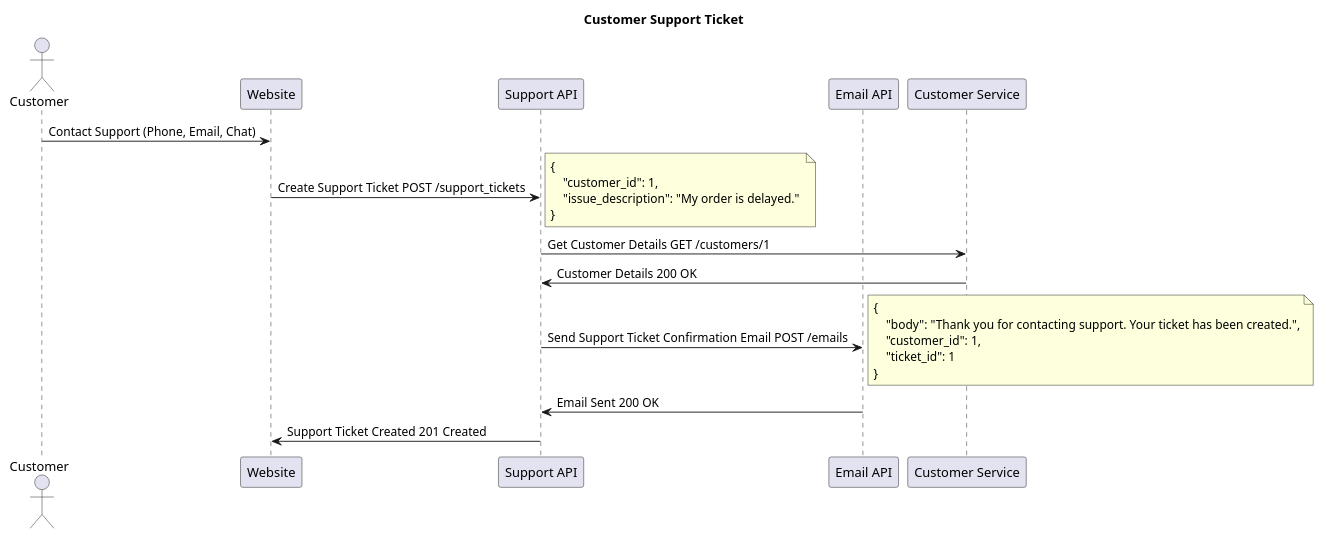
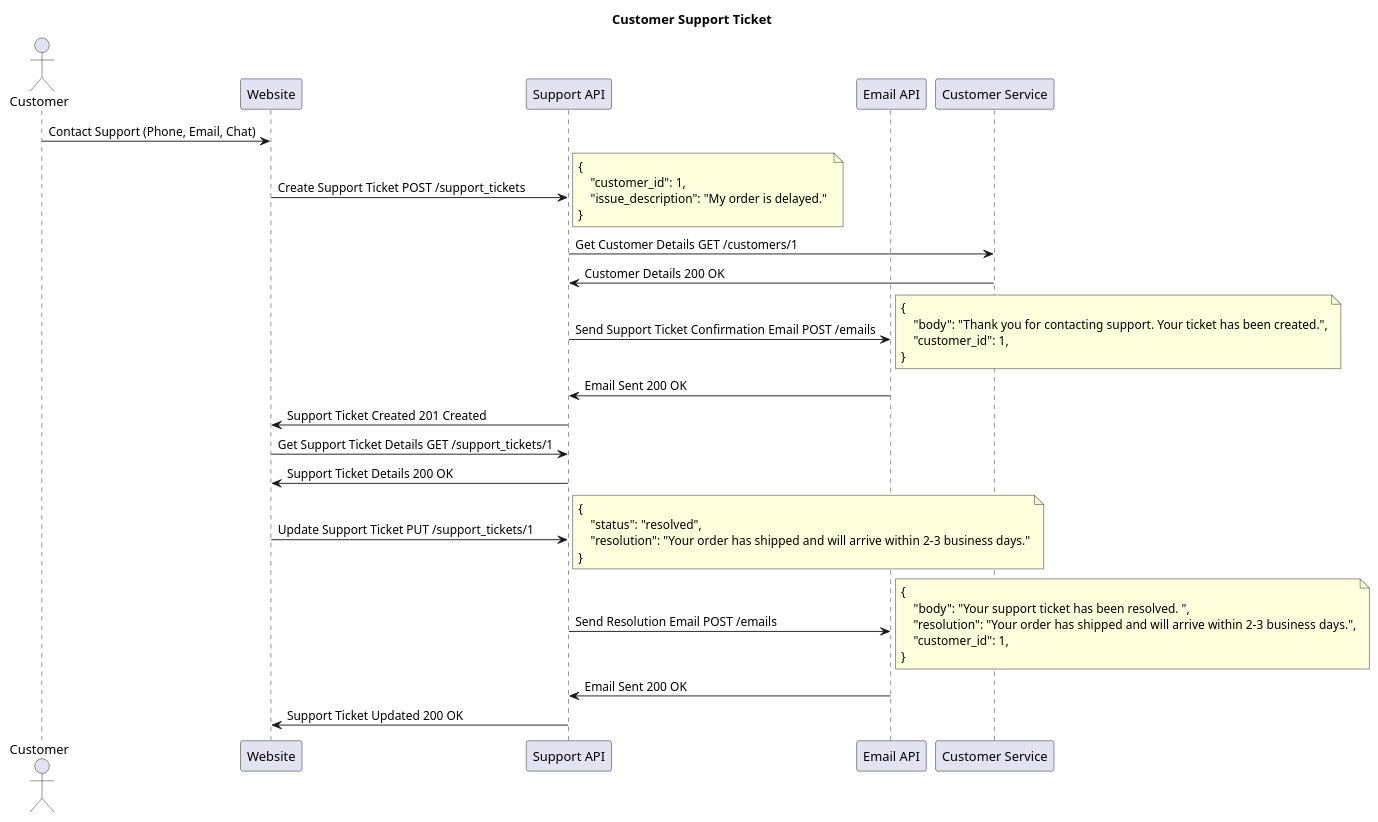
One commit to jjoneson/workforce-demo-scratch changed the diagram in architecture/sequence-diagrams/Customer Support Ticket.md. Above: the diagram before and after it, drawn with PlantUML.

Commit message:
Updated by Workflow

````diff
--- a/architecture/sequence-diagrams/Customer Support Ticket.md
+++ b/architecture/sequence-diagrams/Customer Support Ticket.md
@@ -2,32 +2,52 @@
 ```plantuml
 @startuml Customer Support Ticket
 title Customer Support Ticket
 actor Customer
 participant Website
 participant SupportAPI as "Support API"
 participant EmailAPI as "Email API"
 participant CustomerService as "Customer Service"
 
 Customer -> Website: Contact Support (Phone, Email, Chat)
 Website -> SupportAPI: Create Support Ticket POST /support_tickets
 note right
 {
     "customer_id": 1,
     "issue_description": "My order is delayed." 
 }
 end note
 SupportAPI -> CustomerService: Get Customer Details GET /customers/1
 CustomerService -> SupportAPI: Customer Details 200 OK
 SupportAPI -> EmailAPI: Send Support Ticket Confirmation Email POST /emails
 note right
 {
     "body": "Thank you for contacting support. Your ticket has been created.",
     "customer_id": 1,
-    "ticket_id": 1
 }
 end note
 EmailAPI -> SupportAPI: Email Sent 200 OK
 SupportAPI -> Website: Support Ticket Created 201 Created
 
+Website -> SupportAPI: Get Support Ticket Details GET /support_tickets/1
+SupportAPI -> Website: Support Ticket Details 200 OK
+
+Website -> SupportAPI: Update Support Ticket PUT /support_tickets/1
+note right 
+{
+    "status": "resolved",
+    "resolution": "Your order has shipped and will arrive within 2-3 business days."
+}
+end note
+SupportAPI -> EmailAPI: Send Resolution Email POST /emails
+note right
+{
+    "body": "Your support ticket has been resolved. ",
+    "resolution": "Your order has shipped and will arrive within 2-3 business days.",
+    "customer_id": 1,
+}
+end note
+EmailAPI -> SupportAPI: Email Sent 200 OK
+SupportAPI -> Website: Support Ticket Updated 200 OK
+
 @enduml
 ```
````
